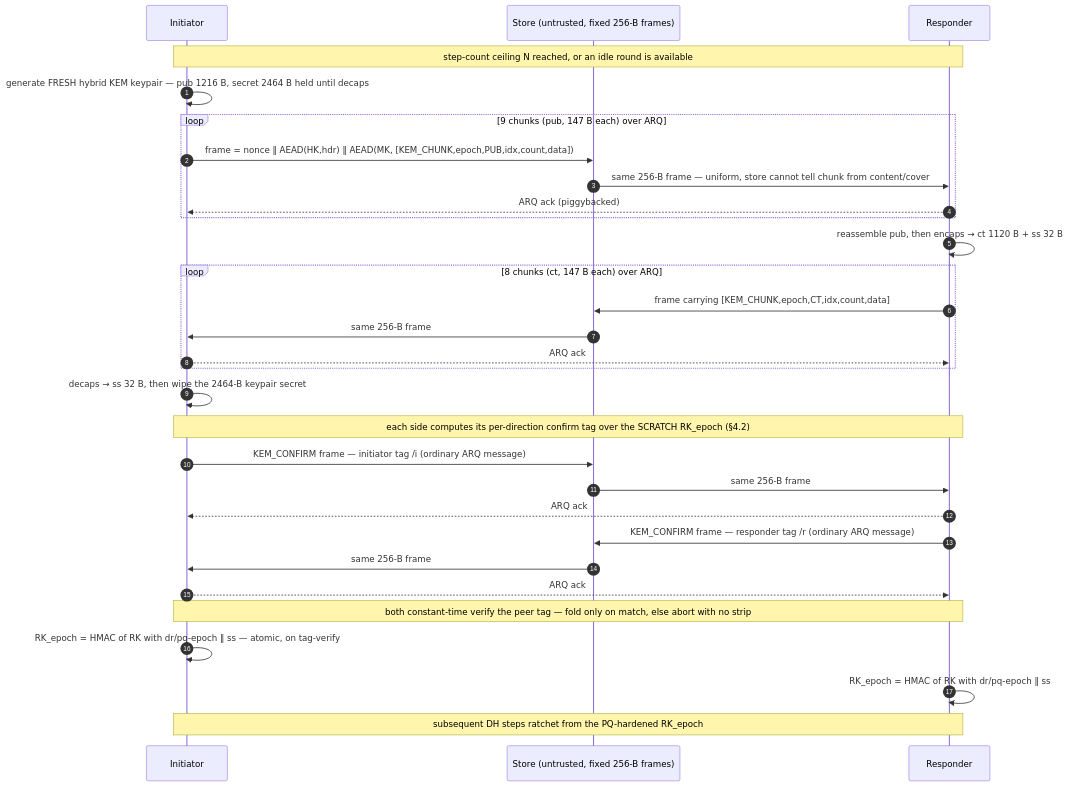
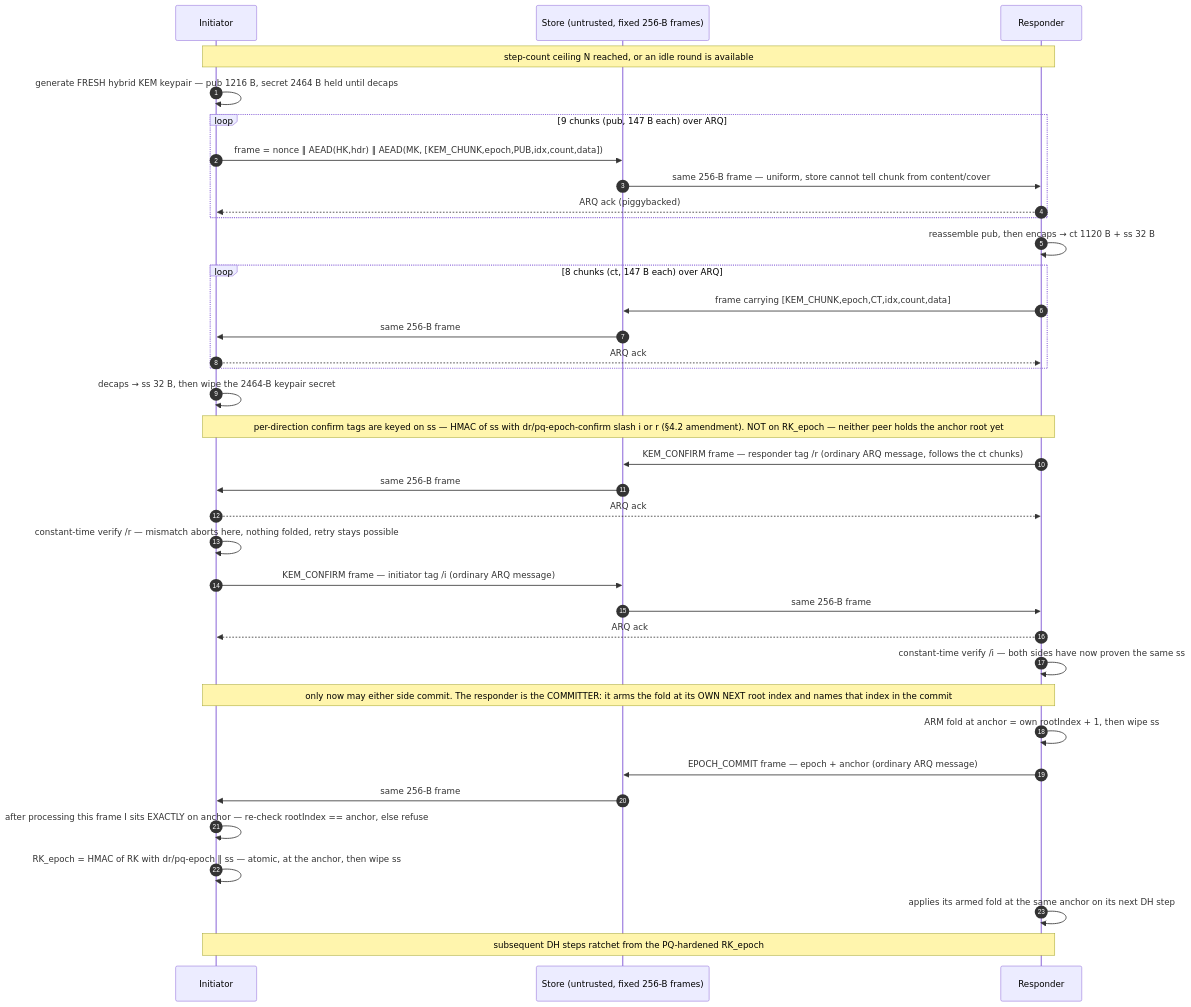
Before and after one commit to oluies/Deppis: the first of 2 diagrams in specs/001-metadata-private-messenger/design/continuous-pq-ratchet.md, drawn with Mermaid. The commit also changed other lines of this file and 10 other files, not shown here.

````diff
--- a/specs/001-metadata-private-messenger/design/continuous-pq-ratchet.md
+++ b/specs/001-metadata-private-messenger/design/continuous-pq-ratchet.md
@@ -535,32 +583,38 @@
 ```mermaid
 sequenceDiagram
     autonumber
     participant I as Initiator
     participant S as Store (untrusted, fixed 256-B frames)
     participant R as Responder
     Note over I,R: step-count ceiling N reached, or an idle round is available
     I->>I: generate FRESH hybrid KEM keypair — pub 1216 B, secret 2464 B held until decaps
     loop 9 chunks (pub, 147 B each) over ARQ
         I->>S: frame = nonce ‖ AEAD(HK,hdr) ‖ AEAD(MK, [KEM_CHUNK,epoch,PUB,idx,count,data])
         S->>R: same 256-B frame — uniform, store cannot tell chunk from content/cover
         R-->>I: ARQ ack (piggybacked)
     end
     R->>R: reassemble pub, then encaps → ct 1120 B + ss 32 B
     loop 8 chunks (ct, 147 B each) over ARQ
         R->>S: frame carrying [KEM_CHUNK,epoch,CT,idx,count,data]
         S->>I: same 256-B frame
         I-->>R: ARQ ack
     end
     I->>I: decaps → ss 32 B, then wipe the 2464-B keypair secret
-    Note over I,R: each side computes its per-direction confirm tag over the SCRATCH RK_epoch (§4.2)
+    Note over I,R: per-direction confirm tags are keyed on ss — HMAC of ss with dr/pq-epoch-confirm slash i or r (§4.2 amendment). NOT on RK_epoch — neither peer holds the anchor root yet
+    R->>S: KEM_CONFIRM frame — responder tag /r (ordinary ARQ message, follows the ct chunks)
+    S->>I: same 256-B frame
+    I-->>R: ARQ ack
+    I->>I: constant-time verify /r — mismatch aborts here, nothing folded, retry stays possible
     I->>S: KEM_CONFIRM frame — initiator tag /i (ordinary ARQ message)
     S->>R: same 256-B frame
     R-->>I: ARQ ack
-    R->>S: KEM_CONFIRM frame — responder tag /r (ordinary ARQ message)
+    R->>R: constant-time verify /i — both sides have now proven the same ss
+    Note over I,R: only now may either side commit. The responder is the COMMITTER: it arms the fold at its OWN NEXT root index and names that index in the commit
+    R->>R: ARM fold at anchor = own rootIndex + 1, then wipe ss
+    R->>S: EPOCH_COMMIT frame — epoch + anchor (ordinary ARQ message)
     S->>I: same 256-B frame
-    I-->>R: ARQ ack
-    Note over I,R: both constant-time verify the peer tag — fold only on match, else abort with no strip
-    I->>I: RK_epoch = HMAC of RK with dr/pq-epoch ‖ ss — atomic, on tag-verify
-    R->>R: RK_epoch = HMAC of RK with dr/pq-epoch ‖ ss
+    I->>I: after processing this frame I sits EXACTLY on anchor — re-check rootIndex == anchor, else refuse
+    I->>I: RK_epoch = HMAC of RK with dr/pq-epoch ‖ ss — atomic, at the anchor, then wipe ss
+    R->>R: applies its armed fold at the same anchor on its next DH step
     Note over I,R: subsequent DH steps ratchet from the PQ-hardened RK_epoch
 ```
````
